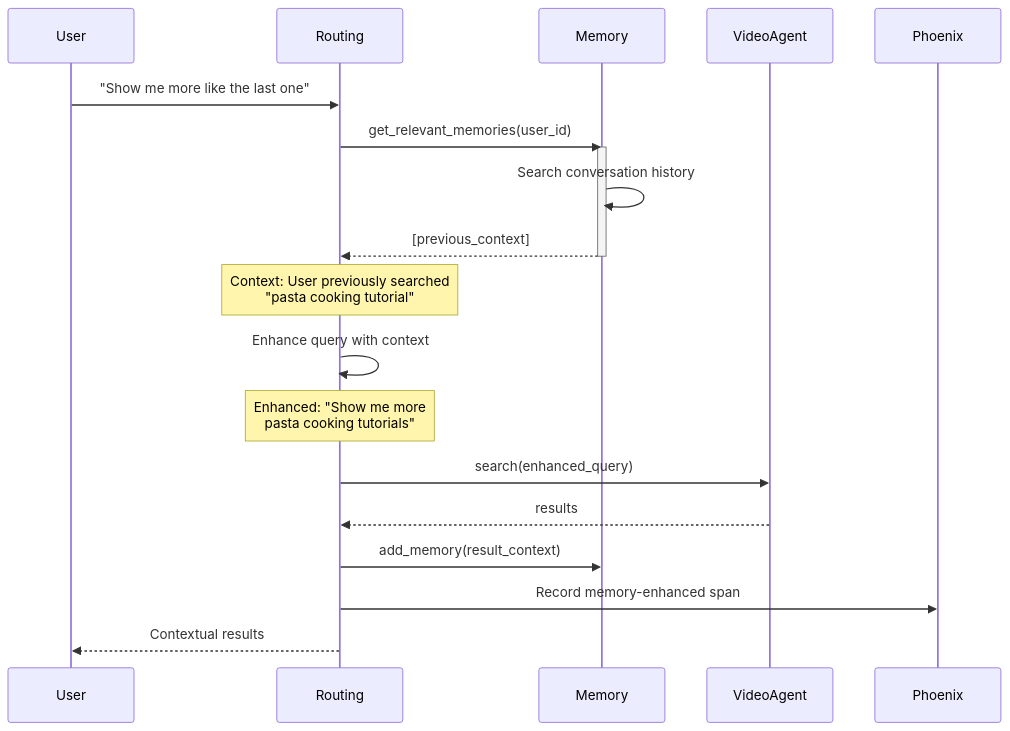
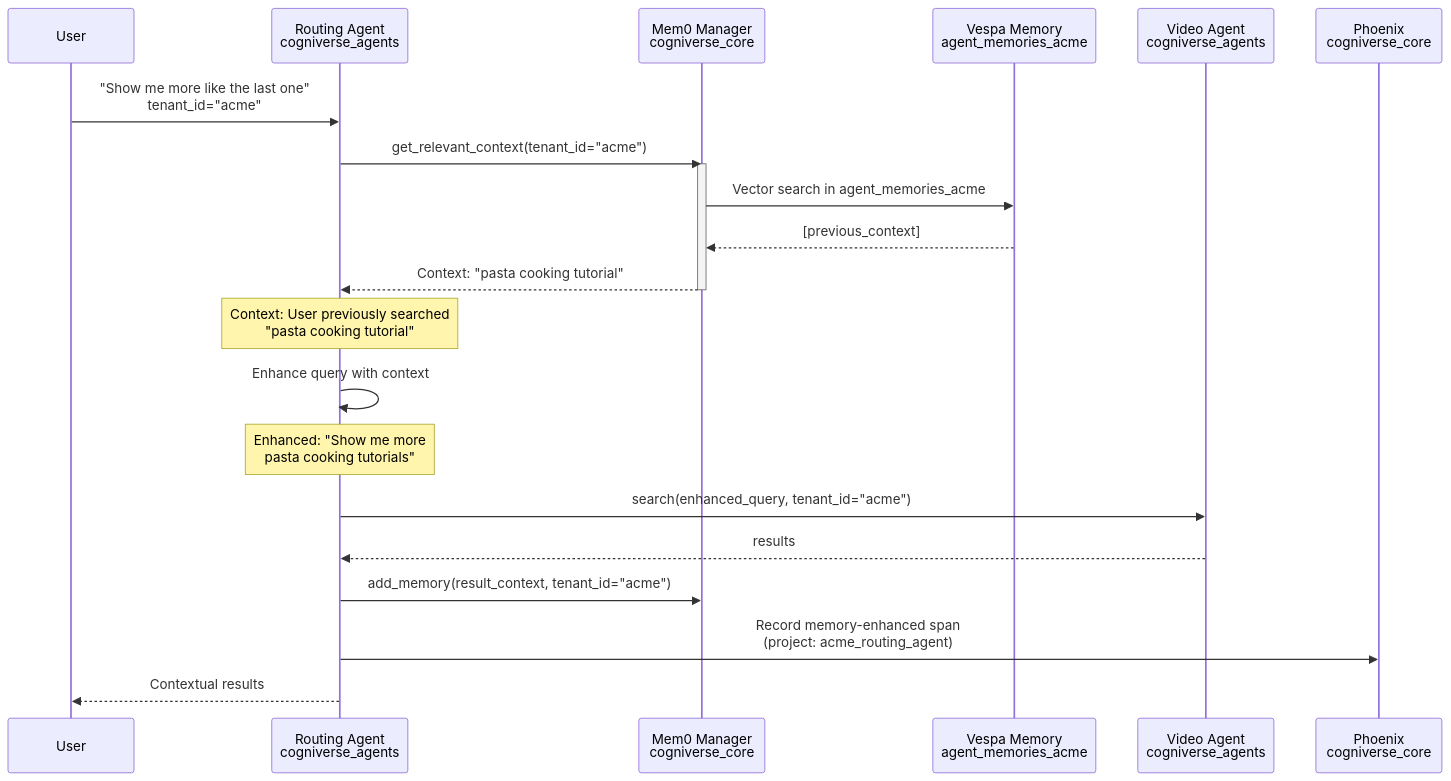
The fifth of 25 diagrams in docs/architecture/system-flows.md (amit-jain/cogniverse), drawn with Mermaid before and after one commit. The commit also changed other lines of this file and 25 other files, not shown here.

````diff
--- a/docs/architecture/system-flows.md
+++ b/docs/architecture/system-flows.md
@@ -195,29 +230,31 @@
 ```mermaid
 sequenceDiagram
     participant User
-    participant Routing
-    participant Memory
-    participant VideoAgent
-    participant Phoenix
+    participant Routing as Routing Agent<br/>cogniverse_agents
+    participant Memory as Mem0 Manager<br/>cogniverse_core
+    participant Vespa as Vespa Memory<br/>agent_memories_acme
+    participant VideoAgent as Video Agent<br/>cogniverse_agents
+    participant Phoenix as Phoenix<br/>cogniverse_core
 
-    User->>Routing: "Show me more like the last one"
+    User->>Routing: "Show me more like the last one"<br/>tenant_id="acme"
 
-    Routing->>Memory: get_relevant_memories(user_id)
+    Routing->>Memory: get_relevant_context(tenant_id="acme")
     activate Memory
-    Memory->>Memory: Search conversation history
-    Memory-->>Routing: [previous_context]
+    Memory->>Vespa: Vector search in agent_memories_acme
+    Vespa-->>Memory: [previous_context]
+    Memory-->>Routing: Context: "pasta cooking tutorial"
     deactivate Memory
 
     Note over Routing: Context: User previously searched<br/>"pasta cooking tutorial"
 
     Routing->>Routing: Enhance query with context
     Note over Routing: Enhanced: "Show me more<br/>pasta cooking tutorials"
 
-    Routing->>VideoAgent: search(enhanced_query)
+    Routing->>VideoAgent: search(enhanced_query, tenant_id="acme")
     VideoAgent-->>Routing: results
 
-    Routing->>Memory: add_memory(result_context)
-    Routing->>Phoenix: Record memory-enhanced span
+    Routing->>Memory: add_memory(result_context, tenant_id="acme")
+    Routing->>Phoenix: Record memory-enhanced span<br/>(project: acme_routing_agent)
 
     Routing-->>User: Contextual results
 ```
````
